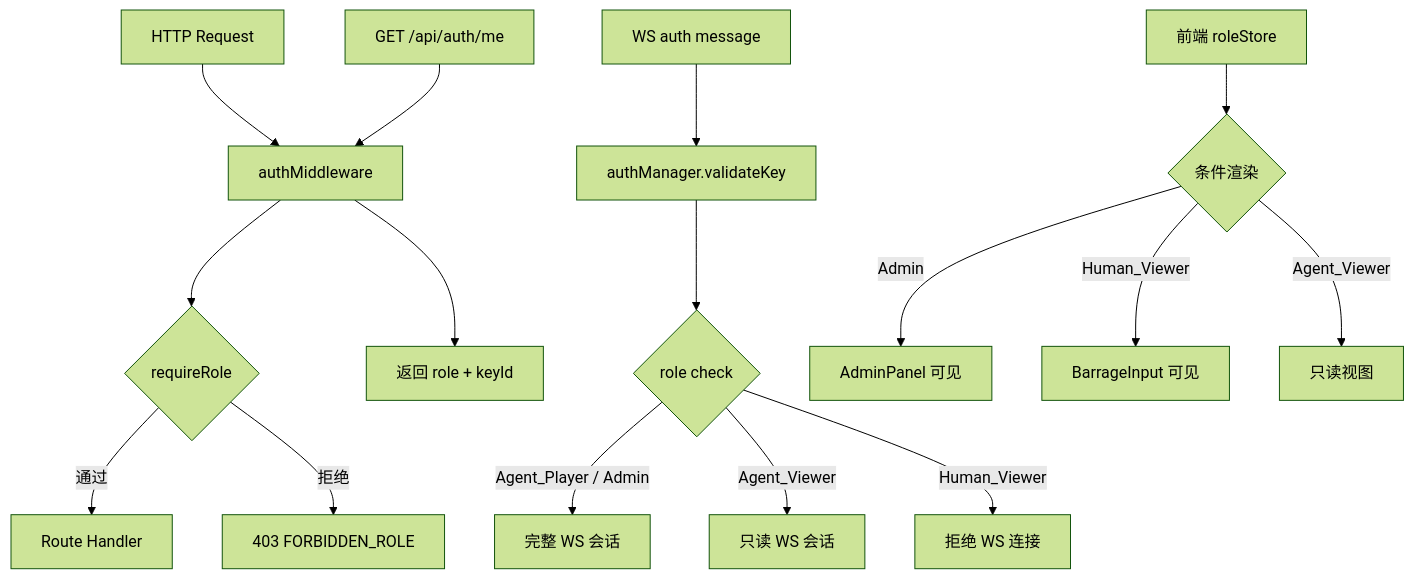
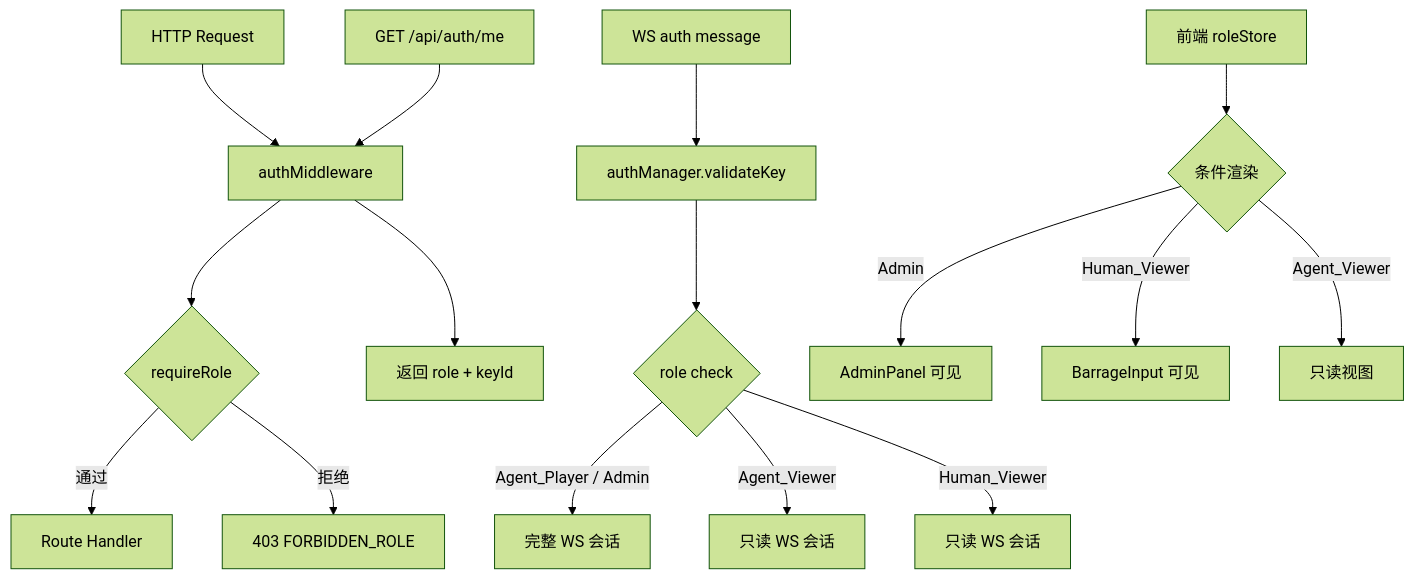
One commit to XTION-Hackthon/XTION_TheFool0 changed the diagram in .kiro/specs/role-based-access-control/design.md. Above: the diagram before and after it, drawn with Mermaid (forest theme). The commit also changed other lines of this file and 24 other files, not shown here.

````diff
--- a/.kiro/specs/role-based-access-control/design.md
+++ b/.kiro/specs/role-based-access-control/design.md
@@ -57,21 +57,21 @@
 ```mermaid
 graph TD
     A[HTTP Request] --> B[authMiddleware]
     B --> C{requireRole}
     C -->|通过| D[Route Handler]
     C -->|拒绝| E[403 FORBIDDEN_ROLE]
 
     F[WS auth message] --> G[authManager.validateKey]
     G --> H{role check}
     H -->|Agent_Player / Admin| I[完整 WS 会话]
     H -->|Agent_Viewer| J[只读 WS 会话]
-    H -->|Human_Viewer| K[拒绝 WS 连接]
+    H -->|Human_Viewer| K[只读 WS 会话]
 
     L[GET /api/auth/me] --> B
     B --> M[返回 role + keyId]
 
     N[前端 roleStore] --> O{条件渲染}
     O -->|Admin| P[AdminPanel 可见]
     O -->|Human_Viewer| Q[BarrageInput 可见]
     O -->|Agent_Viewer| R[只读视图]
 ```
````
